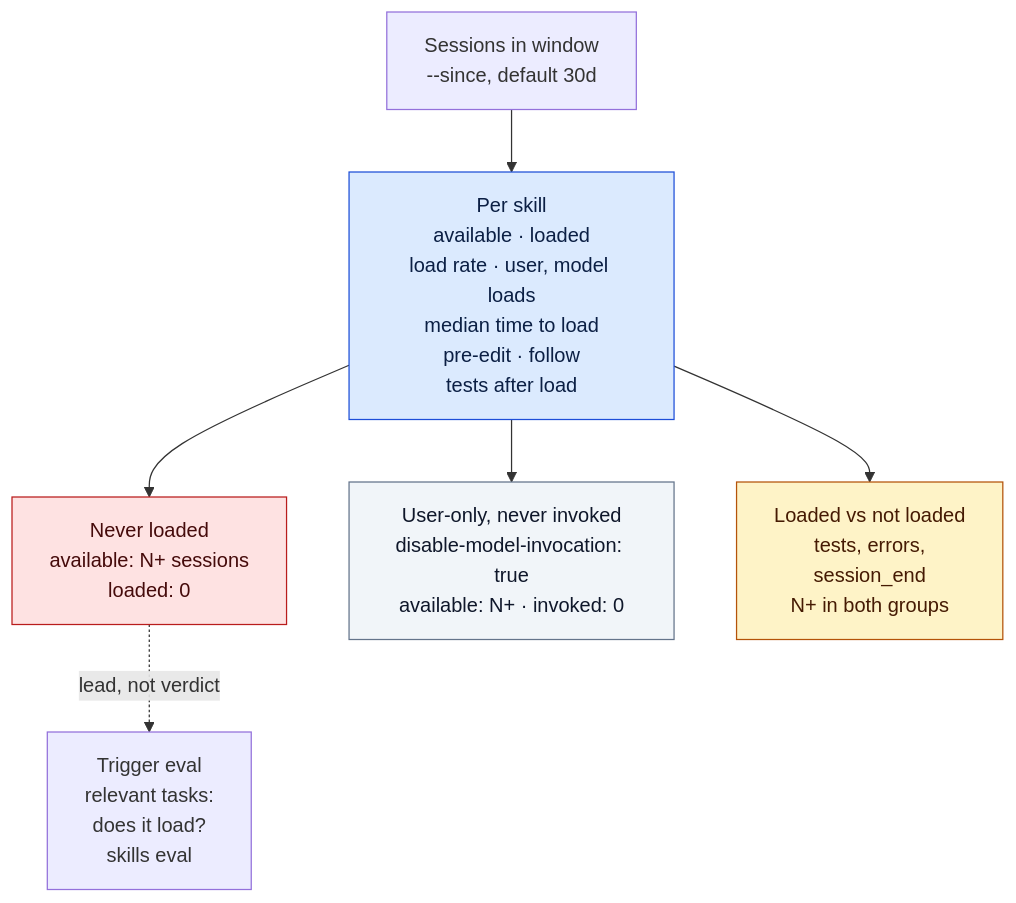
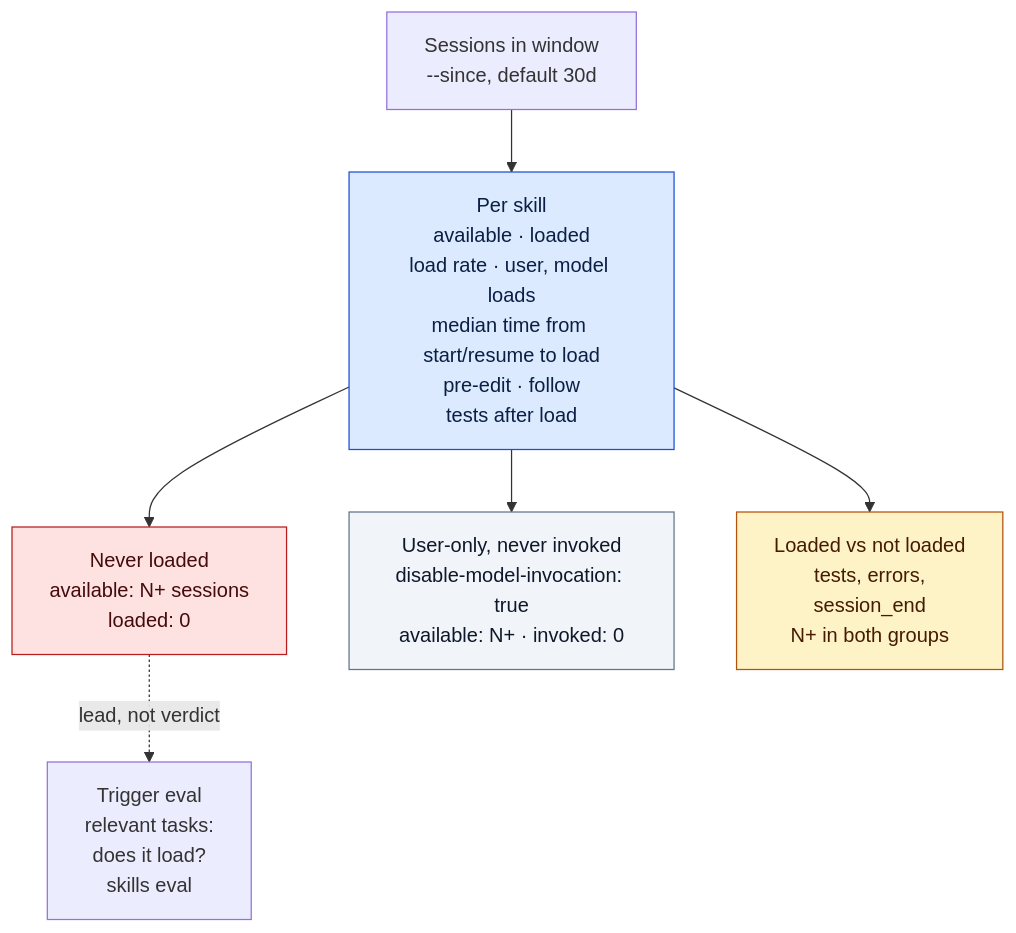
Before and after one commit to Siddhant-K-code/agent-trace: the seventh of 7 diagrams in docs/skills.md, drawn with Mermaid. The commit also changed other lines of this file and 4 other files, not shown here.

First line of the commit message:
fix(skills): time loads from Copilot resumes (#447)

````diff
--- a/docs/skills.md
+++ b/docs/skills.md
@@ -393,12 +393,12 @@
 ```mermaid
 flowchart TD
-    W["Sessions in window<br/>--since, default 30d"] --> P["Per skill<br/>available · loaded<br/>load rate · user, model loads<br/>median time to load<br/>pre-edit · follow<br/>tests after load"]:::fact
+    W["Sessions in window<br/>--since, default 30d"] --> P["Per skill<br/>available · loaded<br/>load rate · user, model loads<br/>median time from start/resume to load<br/>pre-edit · follow<br/>tests after load"]:::fact
     P --> N["Never loaded<br/>available: N+ sessions<br/>loaded: 0"]:::none
     P --> UO["User-only, never invoked<br/>disable-model-invocation: true<br/>available: N+ · invoked: 0"]:::nm
     P --> C["Loaded vs not loaded<br/>tests, errors,<br/>session_end<br/>N+ in both groups"]:::signal
     N -. "lead, not verdict" .-> E["Trigger eval<br/>relevant tasks:<br/>does it load?<br/>skills eval"]
     classDef fact fill:#dbeafe,stroke:#1d4ed8,color:#0b1f44
     classDef signal fill:#fef3c7,stroke:#b45309,color:#451a03
     classDef none fill:#fee2e2,stroke:#b91c1c,color:#450a0a
     classDef nm fill:#f1f5f9,stroke:#64748b,color:#0f172a
 ```
````
